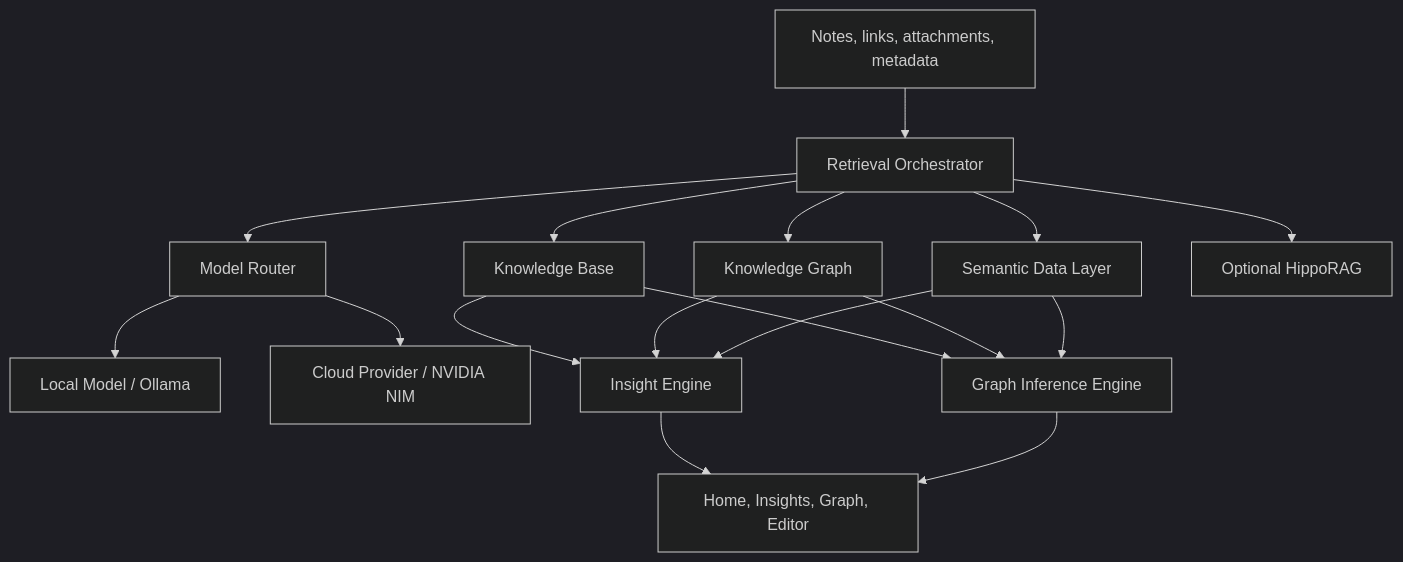
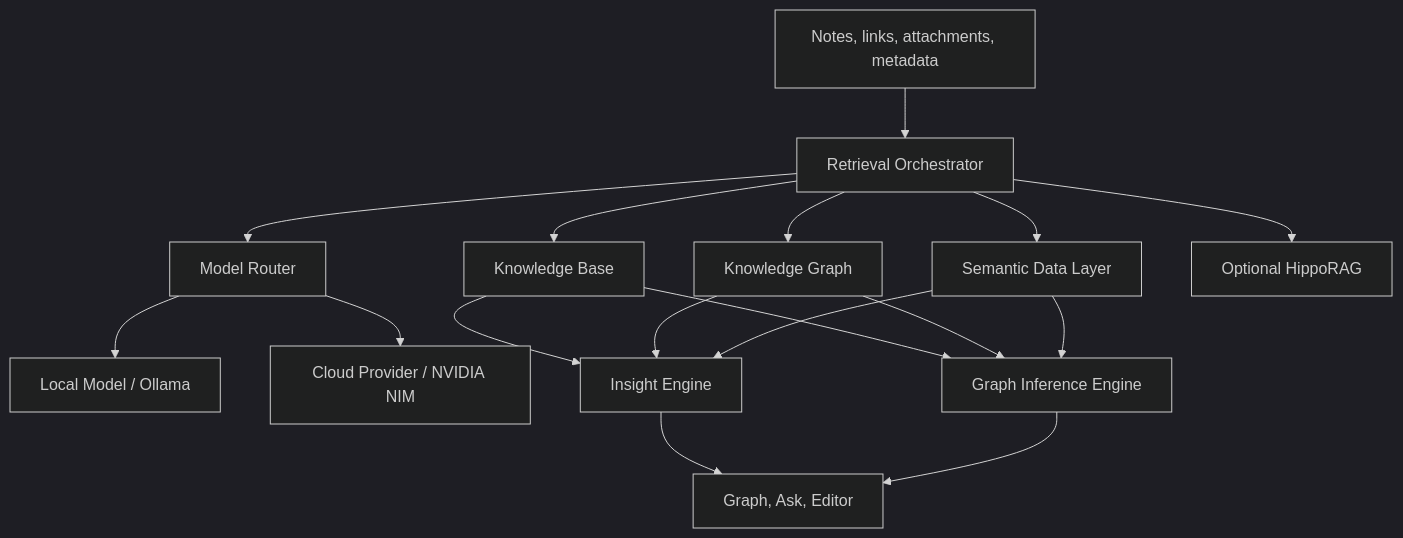
The third of 6 diagrams in README.md (imsouza/berrybrain), drawn with Mermaid (dark theme) before and after one commit. The commit also changed other lines of this file and 312 other files, not shown here.

````diff
--- a/README.md
+++ b/README.md
@@ -196,19 +314,19 @@
 ```mermaid
 flowchart TB
   Input[Notes, links, attachments, metadata] --> Orchestrator[Retrieval Orchestrator]
   Orchestrator --> KB[Knowledge Base]
   Orchestrator --> KG[Knowledge Graph]
   Orchestrator --> SDL[Semantic Data Layer]
   Orchestrator --> Router[Model Router]
   Orchestrator --> Hippo[Optional HippoRAG]
   Router --> Local[Local Model / Ollama]
   Router --> Cloud[Cloud Provider / NVIDIA NIM]
   KB --> Insight[Insight Engine]
   KG --> Insight
   SDL --> Insight
   KB --> Infer[Graph Inference Engine]
   KG --> Infer
   SDL --> Infer
-  Insight --> UI[Home, Insights, Graph, Editor]
+  Insight --> UI[Graph, Ask, Editor]
   Infer --> UI
 ```
````
